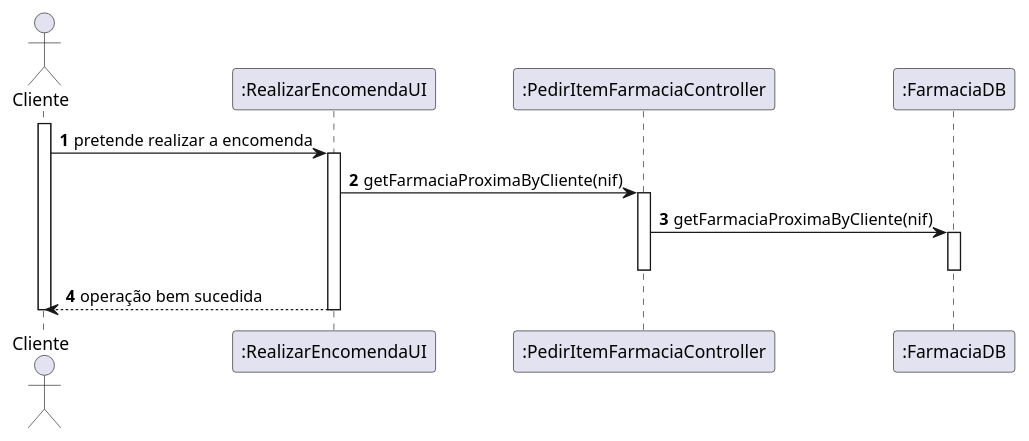
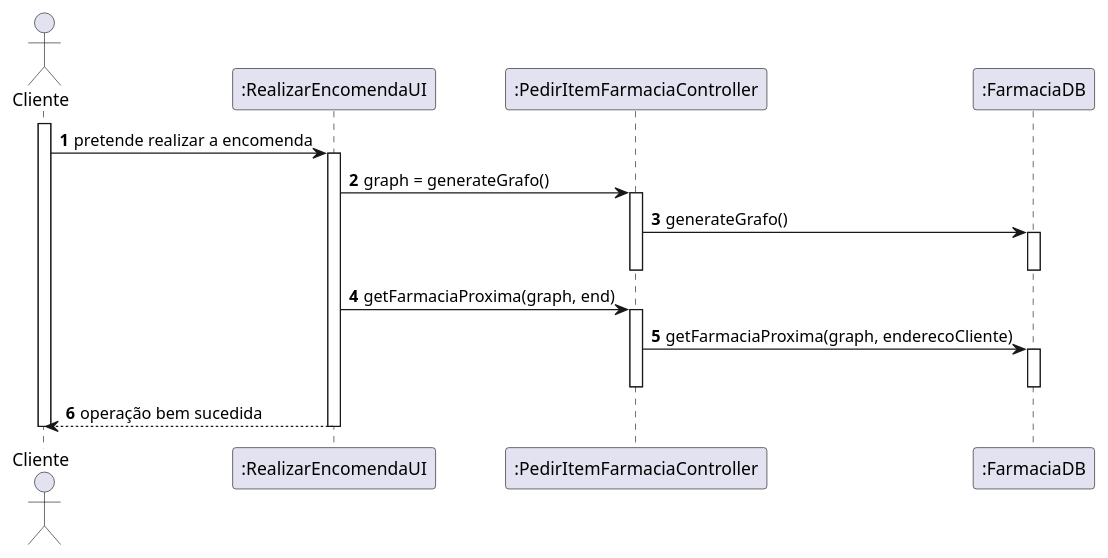
Before and after one commit to pedrolemos4/LAPR3: the diagram in docs/UC26/SD.puml, drawn with PlantUML. The commit also changed 8 other files, not shown here.

```diff
--- a/docs/UC26/SD.puml
+++ b/docs/UC26/SD.puml
@@ -1,26 +1,36 @@
 @startuml
 autonumber
 
 actor "Cliente" as CLI
 participant ":RealizarEncomendaUI" as UI
 participant ":PedirItemFarmaciaController" as CTL
 participant ":FarmaciaDB" as FDB
 
 activate CLI
 CLI -> UI : pretende realizar a encomenda
 activate UI
-UI -> CTL : getFarmaciaProximaByCliente(nif)
+
+UI -> CTL : graph = generateGrafo()
 activate CTL
 
-CTL -> FDB : getFarmaciaProximaByCliente(nif)
+CTL -> FDB : generateGrafo()
+activate FDB
+
+deactivate FDB
+deactivate CTL
+
+UI -> CTL : getFarmaciaProxima(graph, end)
+activate CTL
+
+CTL -> FDB : getFarmaciaProxima(graph, enderecoCliente)
 activate FDB
 
 deactivate FDB
 
 deactivate CTL
 
 UI --> CLI : operação bem sucedida
 deactivate UI
 
 deactivate CLI
 @enduml
```
